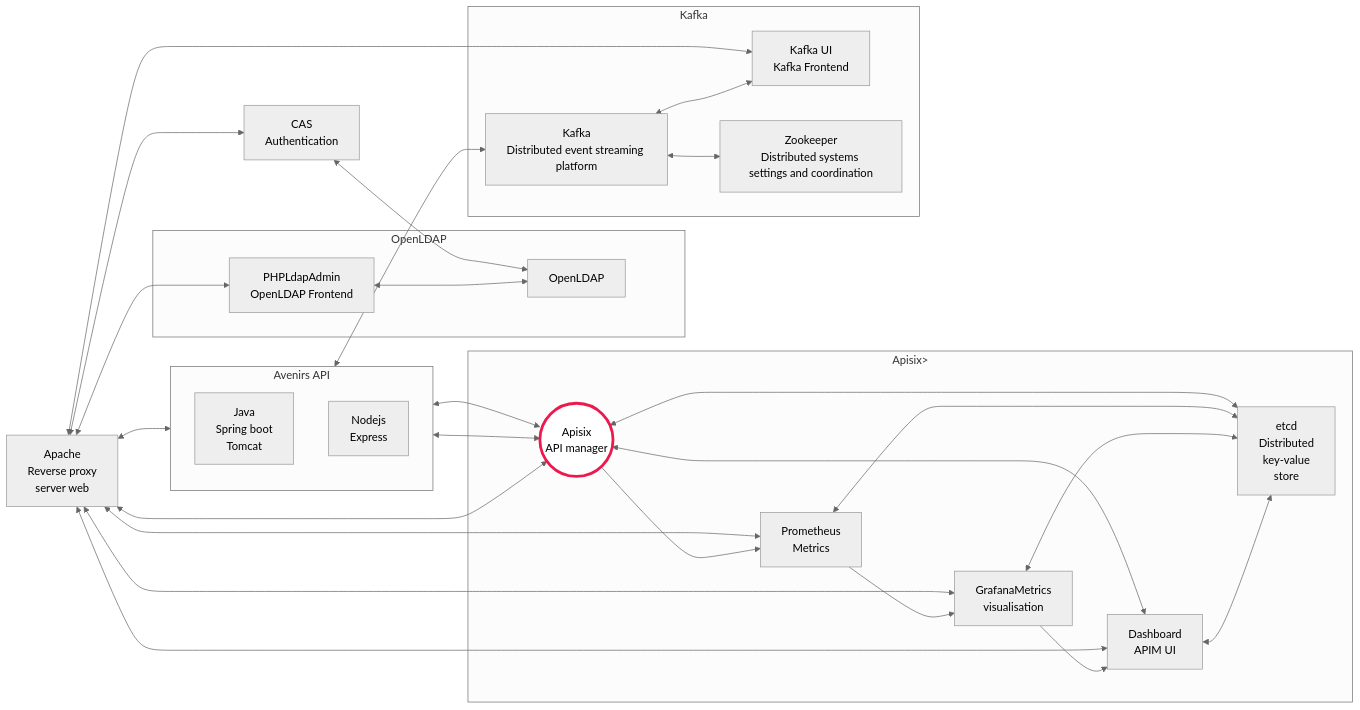
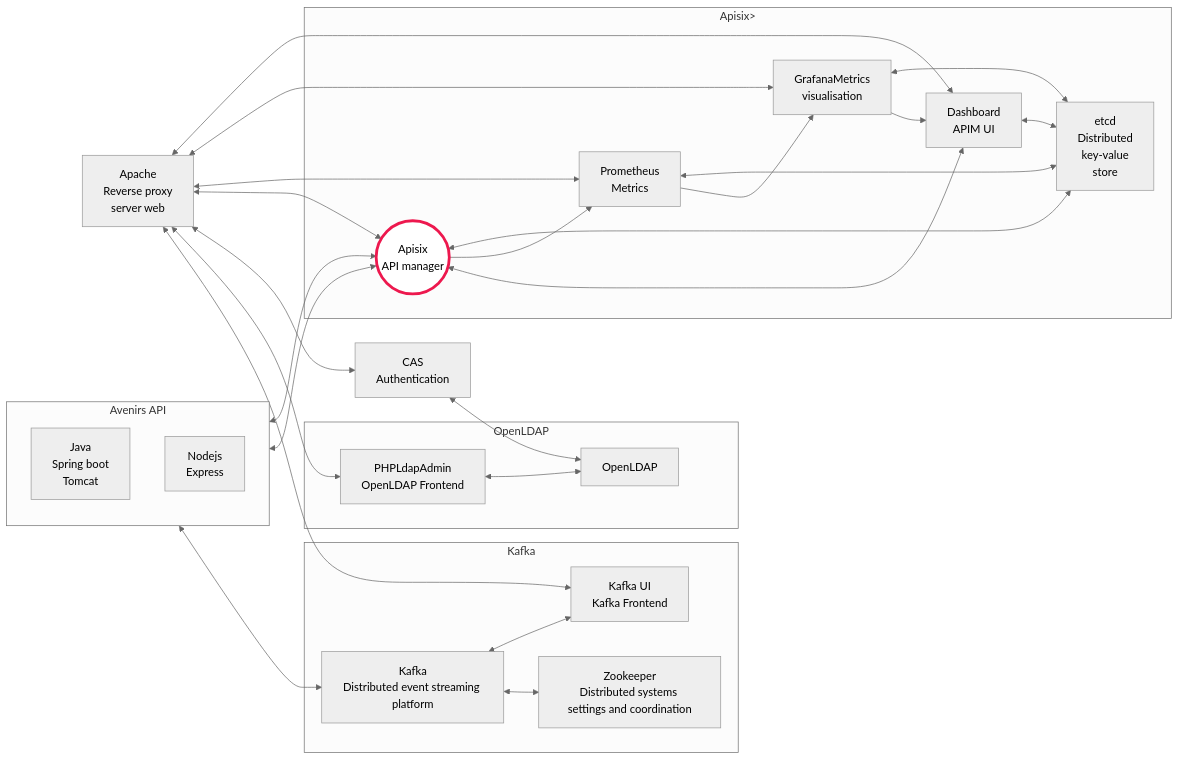
The diagram in README.md (avenirs-esr/srv-dev), drawn with Mermaid (neutral theme) before and after one commit.

Commit message:
fix: invalid link between avenirs api and reverse proxy

````diff
--- a/README.md
+++ b/README.md
@@ -16,52 +16,52 @@
 ```mermaid
 graph LR;
 subgraph apisix[Apisix>]
   apx_etcd[etcd<br/>Distributed<br/>key-value<br/>store] 
   apx_ui[Dashboard<br/>APIM UI] <--> apx_etcd
   apx_grafana[GrafanaMetrics<br/>visualisation] <--> apx_etcd
   apx_prometheus[Prometheus<br/>Metrics] <--> apx_etcd
   apx_core((Apisix<br/>API manager)) <--> apx_etcd
 
   apx_grafana --> apx_ui
   apx_prometheus --> apx_grafana
   apx_ui <--> apx_core -->apx_prometheus
 end 
 
 cas[CAS<br/>Authentication] 
 
 subgraph openldap[OpenLDAP<br/>]
   oldap_openldap[OpenLDAP<br/>] 
   oldap_phpldapadmin[PHPLdapAdmin<br/>OpenLDAP Frontend] 
   oldap_phpldapadmin<-->oldap_openldap
 end
 
 
 subgraph kafka[Kafka]
   kfk_kafka[Kafka<br/>Distributed event streaming platform] 
   kfk_kafka_ui[Kafka UI<br/>Kafka Frontend] 
   kfk_zookeeper[Zookeeper<br/>Distributed systems settings and coordination] 
   kfk_kafka<-->kfk_kafka_ui
   kfk_kafka<-->kfk_zookeeper
 end
 
 subgraph avenirs[Avenirs API]
   avrs_java[Java <br/> Spring boot <br/> Tomcat]
   avrs_nodejs[Nodejs <br/> Express]
 end
 cas <--> oldap_openldap
 apache  <--> apx_ui
 apache  <--> apx_grafana
 apache  <--> apx_prometheus
 apache  <--> apx_core
 apache <--> cas 
 apache <--> oldap_phpldapadmin
 apache <--> kfk_kafka_ui
-apache <--> avenirs
+
 avenirs <-->apx_core
 avenirs <-->apx_core
 avenirs <-->kfk_kafka
 
 apache[Apache <br/> Reverse proxy <br/>server web] 
 classDef main fill:white,stroke:#ed184e,stroke-width:4px, min-width:2000px
 class apx_core main
 ```
````
